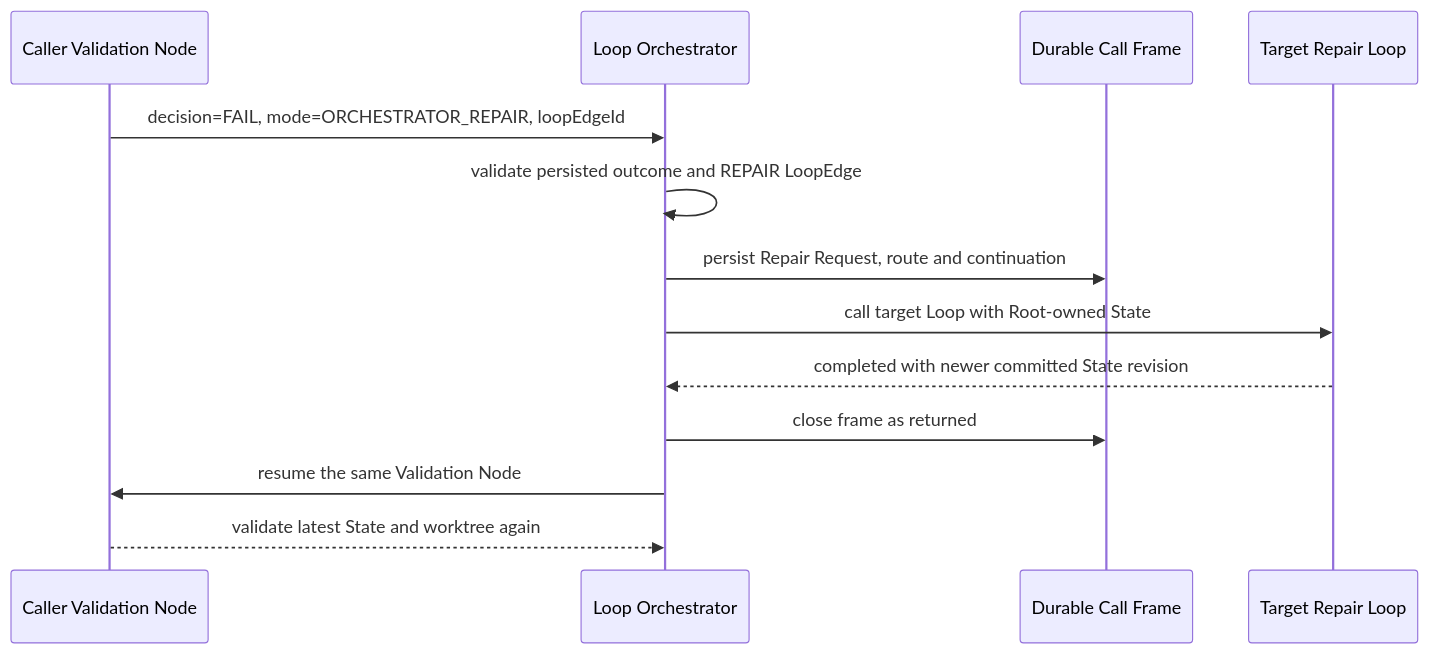
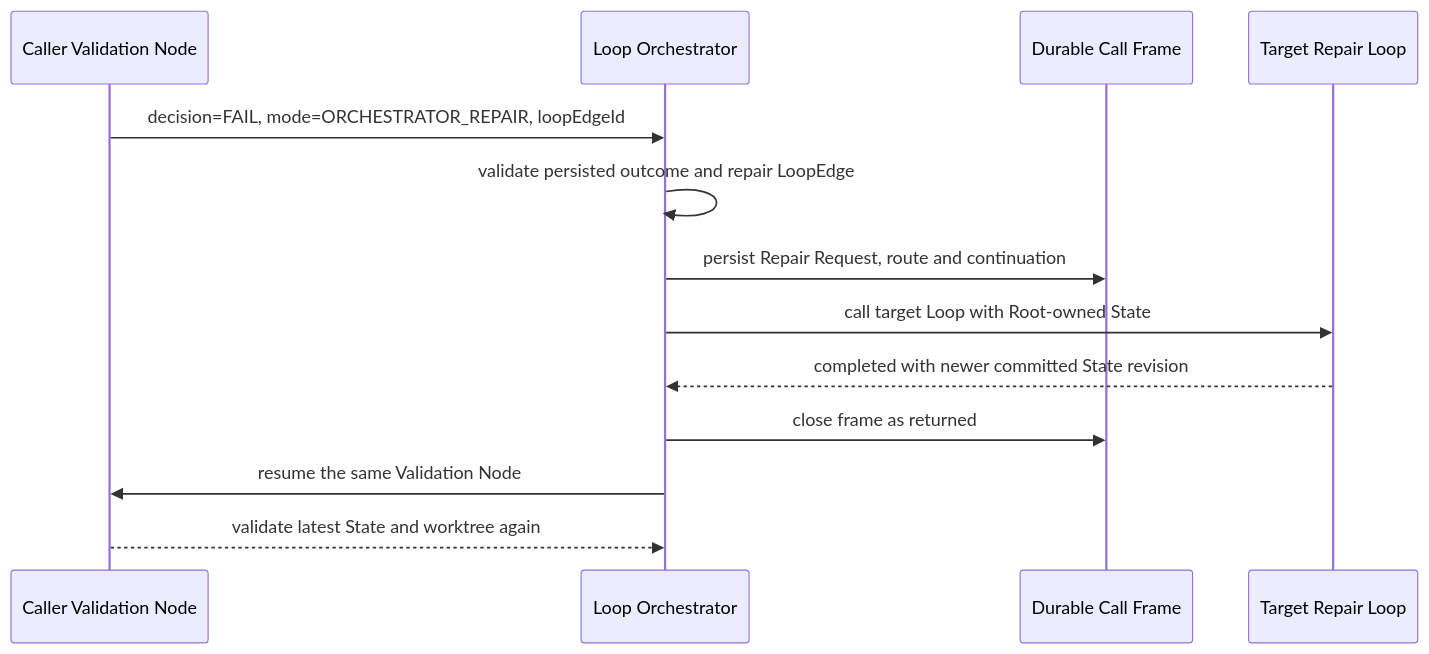
The second of 3 diagrams in .ballet/adr/adr-015-work-loop-state-ja-loop-orchestrator.md (isinisalo/ballet), drawn with Mermaid before and after one commit. The commit also changed other lines of this file and 113 other files, not shown here.

````diff
--- a/.ballet/adr/adr-015-work-loop-state-ja-loop-orchestrator.md
+++ b/.ballet/adr/adr-015-work-loop-state-ja-loop-orchestrator.md
@@ -269,16 +269,16 @@
 ```mermaid
 sequenceDiagram
   participant V as Caller Validation Node
   participant O as Loop Orchestrator
   participant F as Durable Call Frame
   participant R as Target Repair Loop
 
   V->>O: decision=FAIL, mode=ORCHESTRATOR_REPAIR, loopEdgeId
-  O->>O: validate persisted outcome and REPAIR LoopEdge
+  O->>O: validate persisted outcome and repair LoopEdge
   O->>F: persist Repair Request, route and continuation
   O->>R: call target Loop with Root-owned State
   R-->>O: completed with newer committed State revision
   O->>F: close frame as returned
   O->>V: resume the same Validation Node
   V-->>O: validate latest State and worktree again
 ```
````
